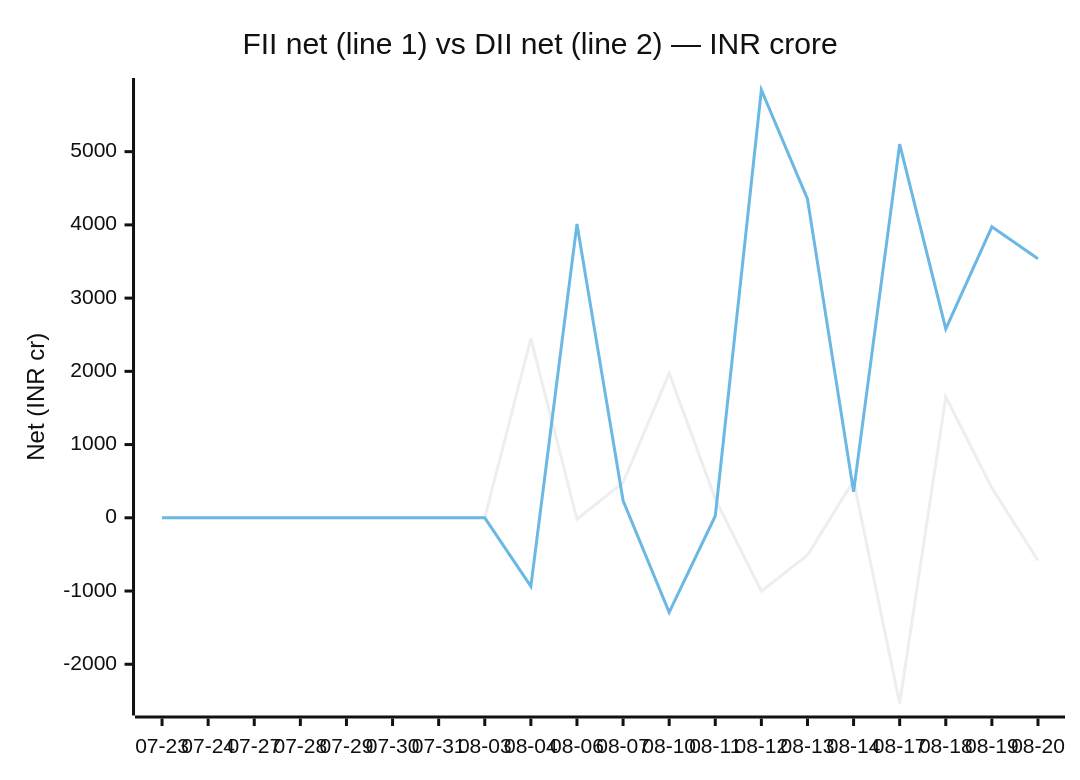
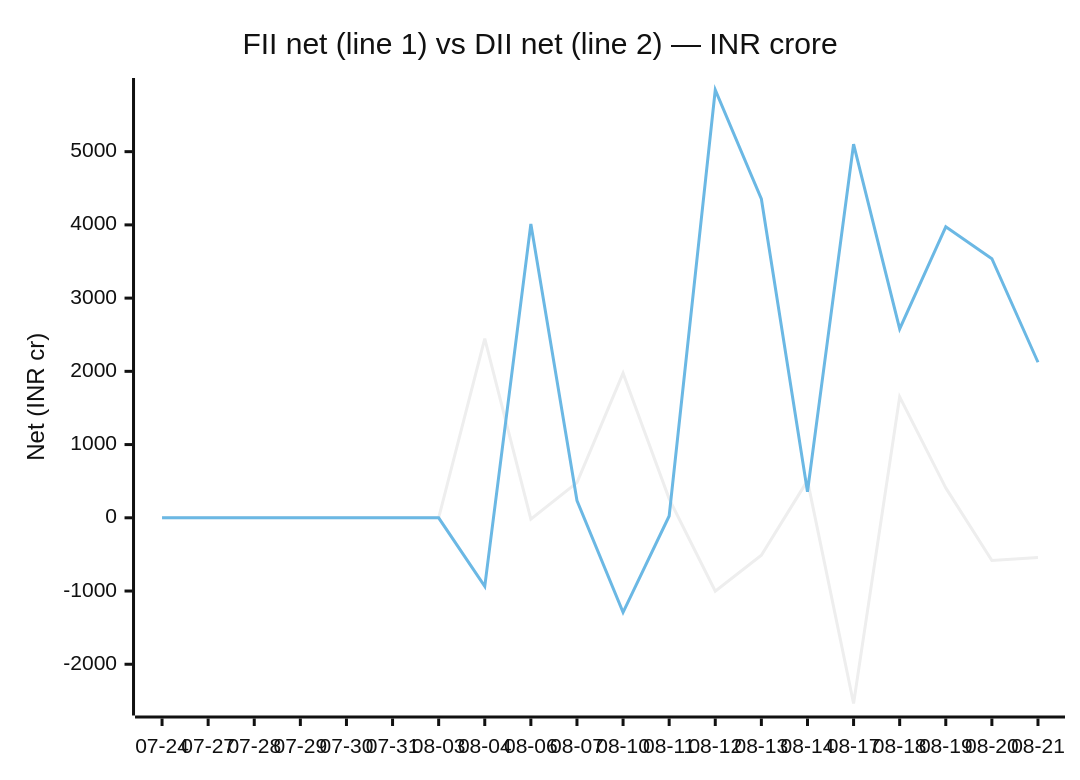
One commit to chirag127/fii-dii-activity-api changed the second of 2 diagrams in README.md. Above: the diagram before and after it, drawn with Mermaid (neutral theme). The commit also changed 2 other files, not shown here.

Commit message:
data: scrape 2026-08-24

````diff
--- a/README.md
+++ b/README.md
@@ -53,8 +53,8 @@
 ```mermaid
 xychart-beta
     title "FII net (line 1) vs DII net (line 2) — INR crore"
-    x-axis ["07-23", "07-24", "07-27", "07-28", "07-29", "07-30", "07-31", "08-03", "08-04", "08-06", "08-07", "08-10", "08-11", "08-12", "08-13", "08-14", "08-17", "08-18", "08-19", "08-20"]
+    x-axis ["07-24", "07-27", "07-28", "07-29", "07-30", "07-31", "08-03", "08-04", "08-06", "08-07", "08-10", "08-11", "08-12", "08-13", "08-14", "08-17", "08-18", "08-19", "08-20", "08-21"]
     y-axis "Net (INR cr)" -2536 --> 5842
-    line [0, 0, 0, 0, 0, 0, 0, 0, 2446.47, -17.86, 480.24, 1974.76, 258.55, -1002.5, -510.69, 508.12, -2535.1, 1651.53, 407.99, -583.36]
-    line [0, 0, 0, 0, 0, 0, 0, 0, -936.14, 4013.6, 235.56, -1290.29, 24.77, 5841.66, 4353.09, 356.4, 5101.46, 2579.31, 3973.72, 3537.71]
+    line [0, 0, 0, 0, 0, 0, 0, 2446.47, -17.86, 480.24, 1974.76, 258.55, -1002.5, -510.69, 508.12, -2535.1, 1651.53, 407.99, -583.36, -542.71]
+    line [0, 0, 0, 0, 0, 0, 0, -936.14, 4013.6, 235.56, -1290.29, 24.77, 5841.66, 4353.09, 356.4, 5101.46, 2579.31, 3973.72, 3537.71, 2124.14]
 ```
````
